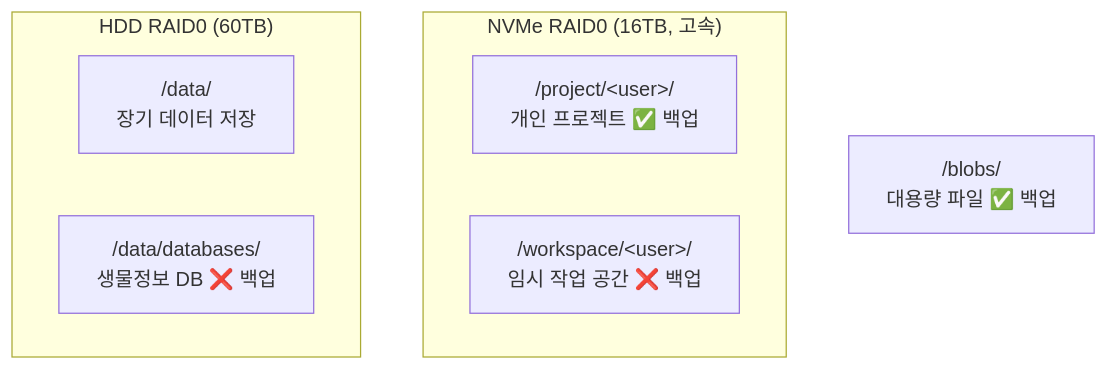
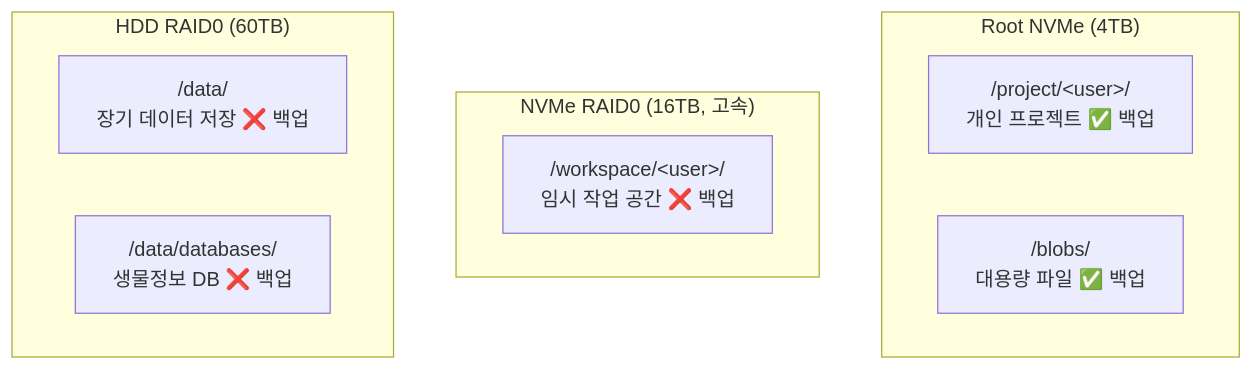
Before and after one commit to SBEE-Lab/infra: the diagram in docs/dev/index.md, drawn with Mermaid. The commit also changed other lines of this file and 21 other files, not shown here.

````diff
--- a/docs/dev/index.md
+++ b/docs/dev/index.md
@@ -15,12 +15,14 @@
 ```mermaid
 graph TD
+  subgraph root["Root NVMe (4TB)"]
+    project["/project/&lt;user&gt;/<br/>개인 프로젝트 ✅ 백업"]
+    blobs["/blobs/<br/>대용량 파일 ✅ 백업"]
+  end
   subgraph ssd["NVMe RAID0 (16TB, 고속)"]
-    project["/project/&lt;user&gt;/<br/>개인 프로젝트 ✅ 백업"]
     workspace["/workspace/&lt;user&gt;/<br/>임시 작업 공간 ❌ 백업"]
   end
   subgraph hdd["HDD RAID0 (60TB)"]
-    data["/data/<br/>장기 데이터 저장"]
+    data["/data/<br/>장기 데이터 저장 ❌ 백업"]
     databases["/data/databases/<br/>생물정보 DB ❌ 백업"]
   end
-  blobs["/blobs/<br/>대용량 파일 ✅ 백업"]
 ```
````
